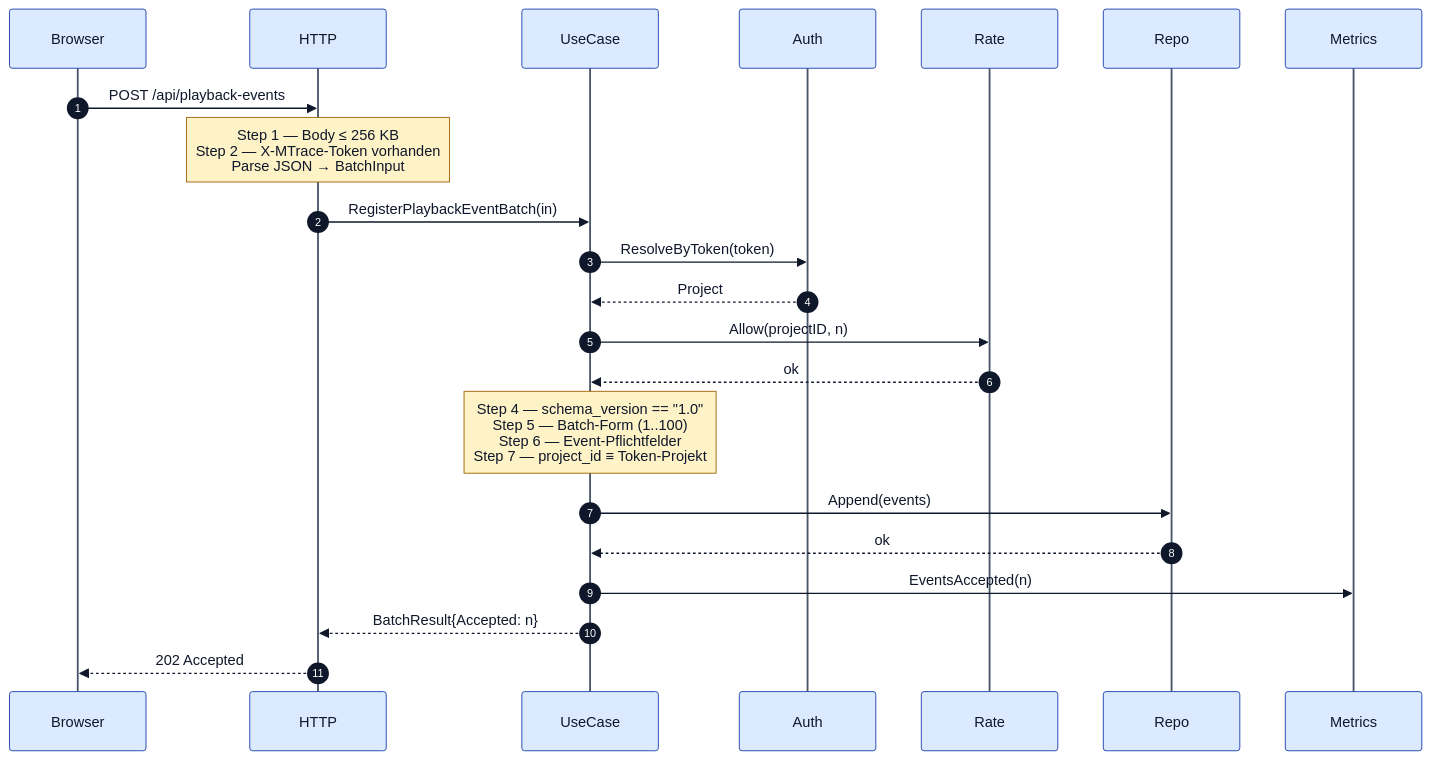
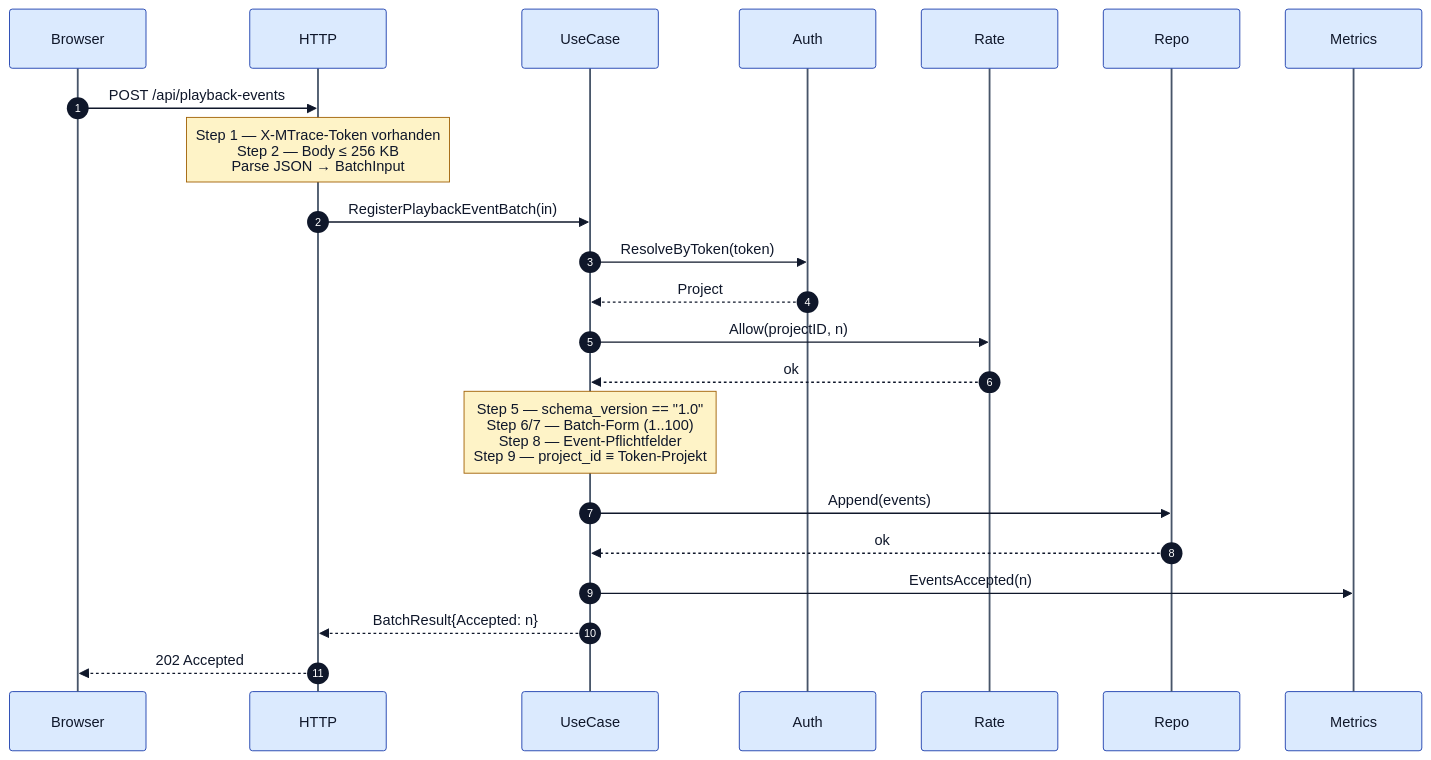
The third of 6 diagrams in docs/architecture.md (pt9912/m-trace), drawn with Mermaid before and after one commit. The commit also changed other lines of this file and 2 other files, not shown here.

````diff
--- a/docs/architecture.md
+++ b/docs/architecture.md
@@ -288,26 +288,26 @@
 ```mermaid
 %%{init: {'theme':'base','themeVariables':{'background':'#f8fafc','primaryColor':'#dbeafe','primaryTextColor':'#0f172a','primaryBorderColor':'#1e40af','lineColor':'#0f172a','secondaryColor':'#fef3c7','tertiaryColor':'#dcfce7','noteBkgColor':'#fef3c7','noteTextColor':'#0f172a','noteBorderColor':'#a16207','actorBkg':'#dbeafe','actorBorder':'#1e40af','actorTextColor':'#0f172a','actorLineColor':'#475569','signalColor':'#0f172a','signalTextColor':'#0f172a','sequenceNumberColor':'#ffffff','labelTextColor':'#0f172a','loopTextColor':'#0f172a','edgeLabelBackground':'#f8fafc'}}}%%
 sequenceDiagram
     autonumber
     participant Browser
     participant HTTP
     participant UseCase
     participant Auth
     participant Rate
     participant Repo
     participant Metrics
 
     Browser->>HTTP: POST /api/playback-events
-    Note over HTTP: Step 1 — Body ≤ 256 KB<br/>Step 2 — X-MTrace-Token vorhanden<br/>Parse JSON → BatchInput
+    Note over HTTP: Step 1 — X-MTrace-Token vorhanden<br/>Step 2 — Body ≤ 256 KB<br/>Parse JSON → BatchInput
     HTTP->>UseCase: RegisterPlaybackEventBatch(in)
     UseCase->>Auth: ResolveByToken(token)
     Auth-->>UseCase: Project
     UseCase->>Rate: Allow(projectID, n)
     Rate-->>UseCase: ok
-    Note over UseCase: Step 4 — schema_version == "1.0"<br/>Step 5 — Batch-Form (1..100)<br/>Step 6 — Event-Pflichtfelder<br/>Step 7 — project_id ≡ Token-Projekt
+    Note over UseCase: Step 5 — schema_version == "1.0"<br/>Step 6/7 — Batch-Form (1..100)<br/>Step 8 — Event-Pflichtfelder<br/>Step 9 — project_id ≡ Token-Projekt
     UseCase->>Repo: Append(events)
     Repo-->>UseCase: ok
     UseCase->>Metrics: EventsAccepted(n)
     UseCase-->>HTTP: BatchResult{Accepted: n}
     HTTP-->>Browser: 202 Accepted
 ```
````
